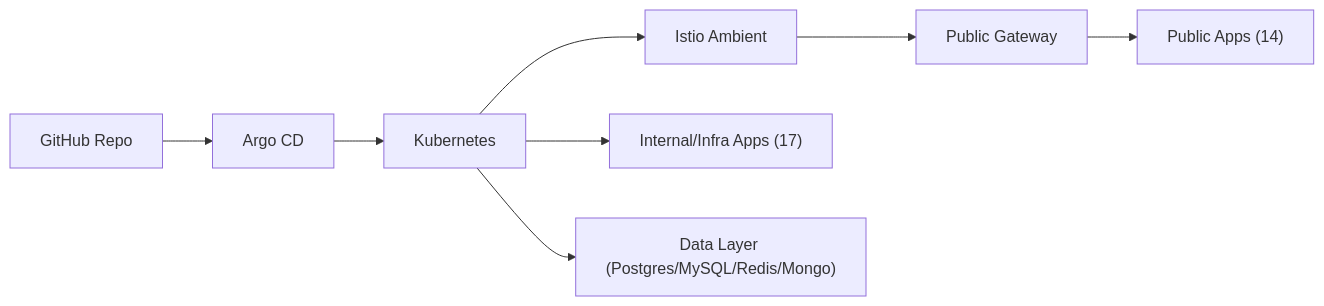
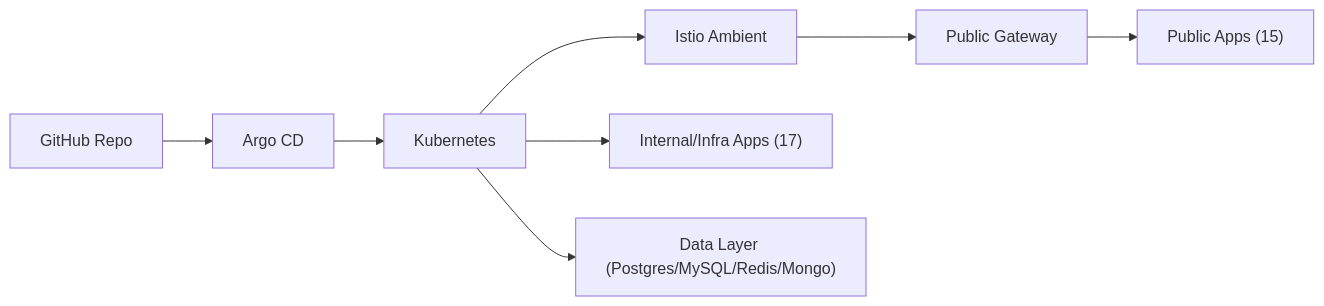
One commit to noeulnight/homelab changed the diagram in README.md. Above: the diagram before and after it, drawn with Mermaid. The commit also changed other lines of this file and 5 other files, not shown here.

````diff
--- a/README.md
+++ b/README.md
@@ -13,10 +13,10 @@
 ```mermaid
 flowchart LR
   GitHub["GitHub Repo"] --> Argo["Argo CD"]
   Argo --> K8s["Kubernetes"]
   K8s --> Istio["Istio Ambient"]
   Istio --> Gateway["Public Gateway"]
-  Gateway --> PublicApps["Public Apps (14)"]
+  Gateway --> PublicApps["Public Apps (15)"]
   K8s --> InternalApps["Internal/Infra Apps (17)"]
   K8s --> Data["Data Layer (Postgres/MySQL/Redis/Mongo)"]
 ```
````
